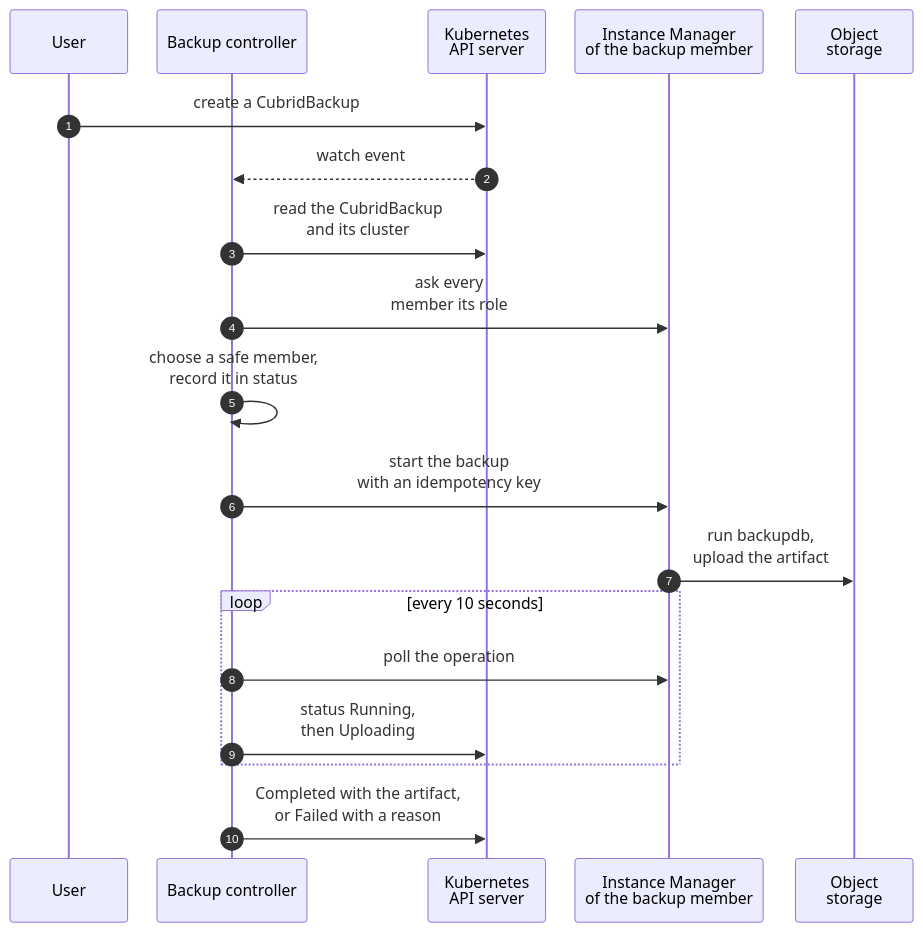
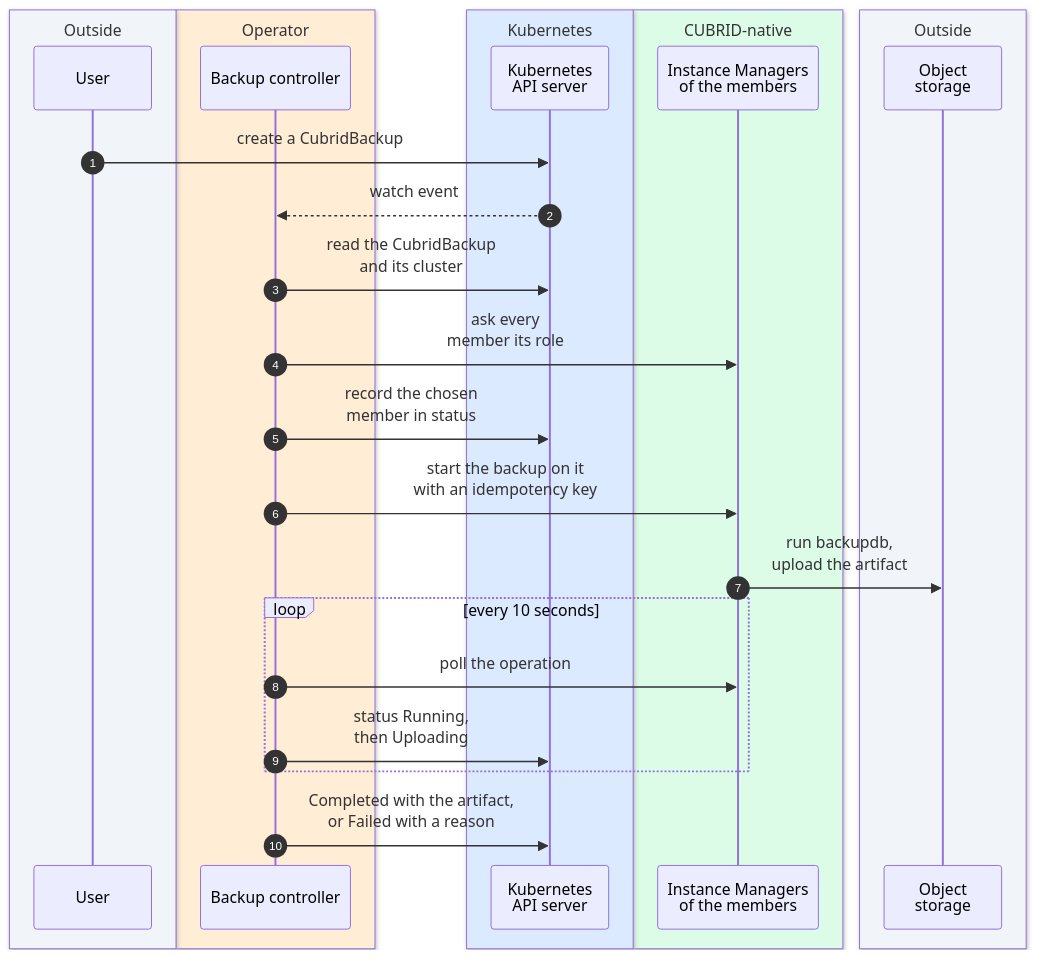
Before and after one commit to cubrid-lab/cubrid-kubernetes-operator: the third of 3 diagrams in docs/architecture/reconciliation.md, drawn with Mermaid. The commit also changed other lines of this file and 4 other files, not shown here.

First line of the commit message:
docs(architecture): address review of the diagram rework

````diff
--- a/docs/architecture/reconciliation.md
+++ b/docs/architecture/reconciliation.md
@@ -133,23 +150,33 @@
 ```mermaid
 %%{init: {"sequence": {"actorMargin": 30, "width": 120}}}%%
 sequenceDiagram
     autonumber
-    participant U as User
-    participant BC as Backup controller
-    participant API as Kubernetes<br/>API server
-    participant IM as Instance Manager<br/>of the backup member
-    participant OS as Object<br/>storage
+    box rgb(241,245,249) Outside
+        participant U as User
+    end
+    box rgb(255,237,213) Operator
+        participant BC as Backup controller
+    end
+    box rgb(219,234,254) Kubernetes
+        participant API as Kubernetes<br/>API server
+    end
+    box rgb(220,252,231) CUBRID-native
+        participant IM as Instance Managers<br/>of the members
+    end
+    box rgb(241,245,249) Outside
+        participant OS as Object<br/>storage
+    end
 
     U->>API: create a CubridBackup
     API-->>BC: watch event
     BC->>API: read the CubridBackup<br/>and its cluster
     BC->>IM: ask every<br/>member its role
-    BC->>BC: choose a safe member,<br/>record it in status
-    BC->>IM: start the backup<br/>with an idempotency key
+    BC->>API: record the chosen<br/>member in status
+    BC->>IM: start the backup on it<br/>with an idempotency key
     IM->>OS: run backupdb,<br/>upload the artifact
     loop every 10 seconds
         BC->>IM: poll the operation
         BC->>API: status Running,<br/>then Uploading
     end
     BC->>API: Completed with the artifact,<br/>or Failed with a reason
 ```
````
